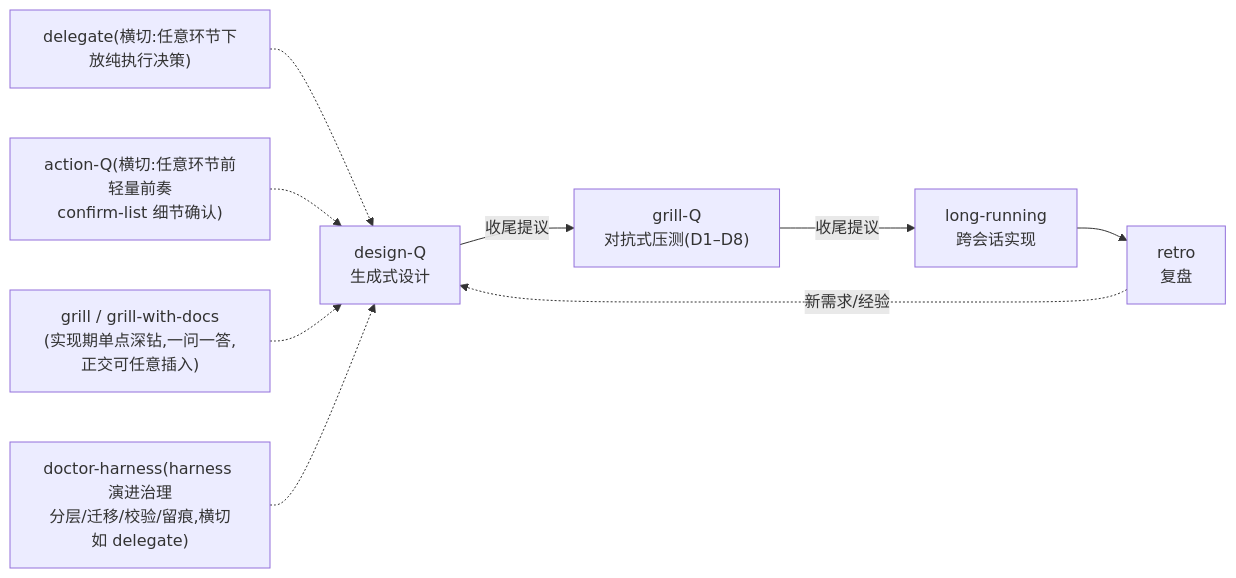
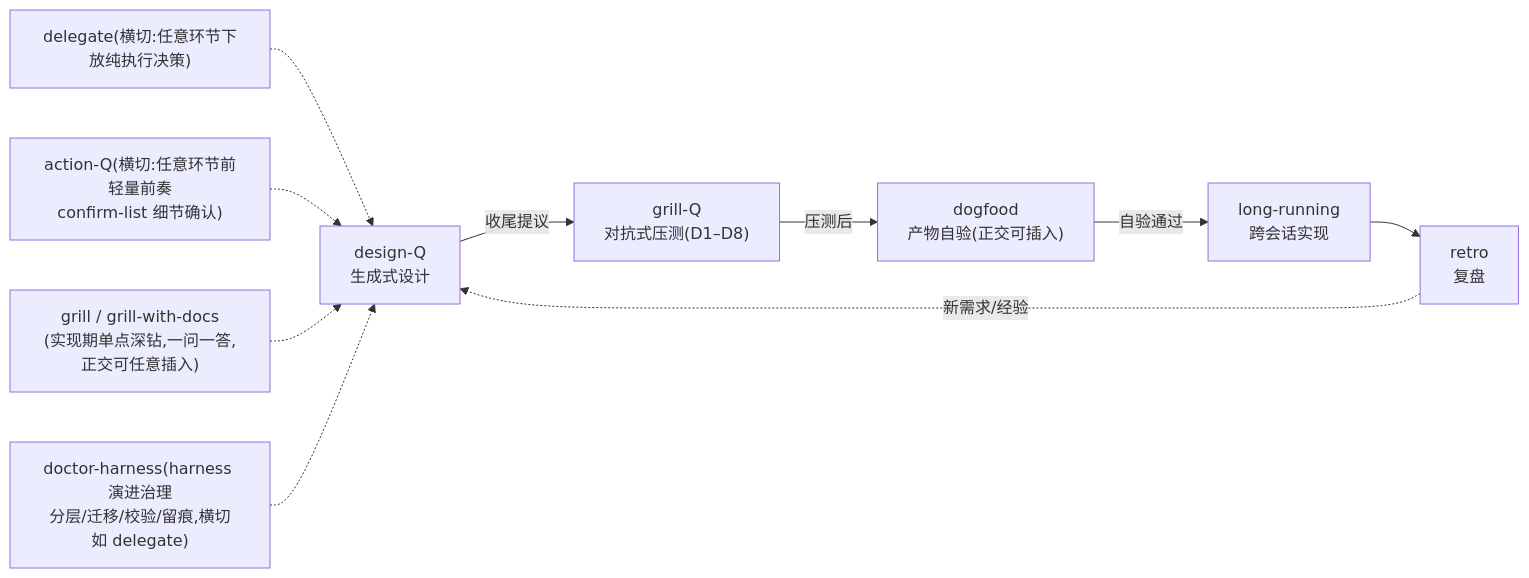
The diagram in CLAUDE.md (code-cycler/info-driven-ai-se-harness-engineering), drawn with Mermaid before and after one commit. The commit also changed 11 other files, not shown here.

````diff
--- a/CLAUDE.md
+++ b/CLAUDE.md
@@ -43,11 +43,12 @@
 ```mermaid
 flowchart LR
     DQ["design-Q<br/>生成式设计"] -->|收尾提议| GQ["grill-Q<br/>对抗式压测(D1–D8)"]
-    GQ -->|收尾提议| LR["long-running<br/>跨会话实现"]
+    GQ -->|压测后| DOG["dogfood<br/>产物自验(正交可插入)"]
+    DOG -->|自验通过| LR["long-running<br/>跨会话实现"]
     LR --> RETRO["retro<br/>复盘"]
     RETRO -.->|新需求/经验| DQ
     DEL["delegate(横切:任意环节下放纯执行决策)"] -.-> DQ
     AQ["action-Q(横切:任意环节前轻量前奏<br/>confirm-list 细节确认)"] -.-> DQ
     GW["grill / grill-with-docs<br/>(实现期单点深钻,一问一答,正交可任意插入)"] -.-> DQ
     DH["doctor-harness(harness 演进治理<br/>分层/迁移/校验/留痕,横切如 delegate)"] -.-> DQ
 ```
````
